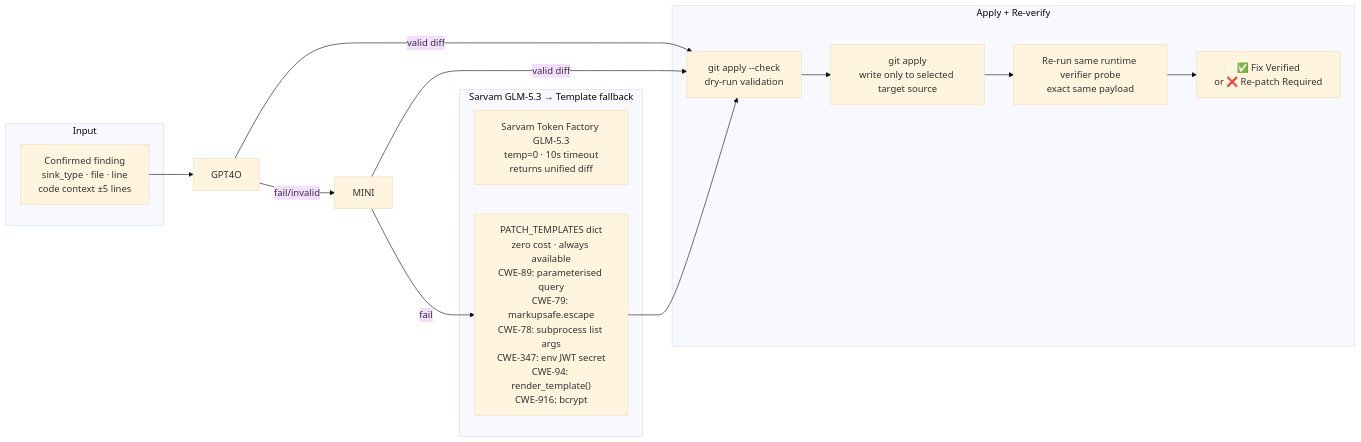
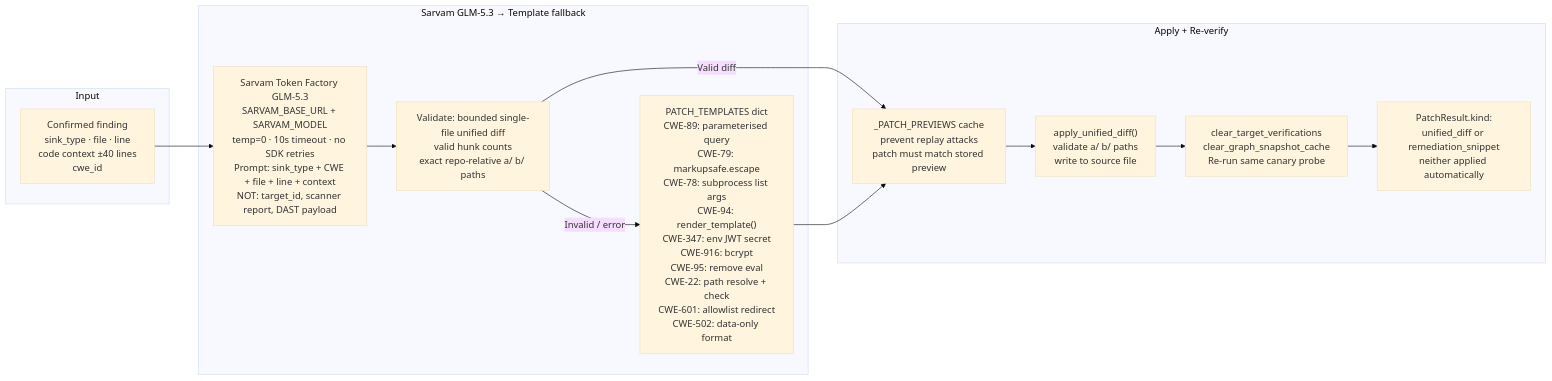
One commit to Halcyora/mitigata changed diagram 12 of 25 in HACKATHON/docs/P06-Architecture.md. Above: the diagram before and after it, drawn with Mermaid (base theme). The commit also changed other lines of this file and 3 other files, not shown here.

Commit message:
feat: Remove outdated architecture and build documentation files

````diff
--- a/HACKATHON/docs/P06-Architecture.md
+++ b/HACKATHON/docs/P06-Architecture.md
@@ -442,26 +460,26 @@
 ```mermaid
 flowchart LR
     subgraph INPUT["Input"]
-        FIND["Confirmed finding\nsink_type · file · line\ncode context ±5 lines"]
+        FIND["Confirmed finding\nsink_type · file · line\ncode context ±40 lines\ncwe_id"]
     end
 
     subgraph CHAIN["Sarvam GLM-5.3 → Template fallback"]
-        SARVAM["Sarvam Token Factory GLM-5.3\ntemp=0 · 10s timeout\nreturns unified diff"]
-        TPL["PATCH_TEMPLATES dict\nzero cost · always available\nCWE-89: parameterised query\nCWE-79: markupsafe.escape\nCWE-78: subprocess list args\nCWE-347: env JWT secret\nCWE-94: render_template()\nCWE-916: bcrypt"]
+        SARVAM["Sarvam Token Factory GLM-5.3\nSARVAM_BASE_URL + SARVAM_MODEL\ntemp=0 · 10s timeout · no SDK retries\nPrompt: sink_type + CWE + file + line + context\nNOT: target_id, scanner report, DAST payload"]
+        VALID["Validate: bounded single-file unified diff\nvalid hunk counts\nexact repo-relative a/ b/ paths"]
+        TPL["PATCH_TEMPLATES dict\nCWE-89: parameterised query\nCWE-79: markupsafe.escape\nCWE-78: subprocess list args\nCWE-94: render_template()\nCWE-347: env JWT secret\nCWE-916: bcrypt\nCWE-95: remove eval\nCWE-22: path resolve + check\nCWE-601: allowlist redirect\nCWE-502: data-only format"]
     end
 
     subgraph APPLY["Apply + Re-verify"]
-        CHECK["git apply --check\ndry-run validation"]
-        APPLY2["git apply\nwrite only to selected target source"]
-        REVERIFY["Re-run same runtime verifier probe\nexact same payload"]
-        RESULT["✅ Fix Verified\nor ❌ Re-patch Required"]
+        PREVIEW["_PATCH_PREVIEWS cache\nprevent replay attacks\npatch must match stored preview"]
+        APPLY2["apply_unified_diff()\nvalidate a/ b/ paths\nwrite to source file"]
+        REVERIFY["clear_target_verifications\nclear_graph_snapshot_cache\nRe-run same canary probe"]
+        RESULT["PatchResult.kind:\nunified_diff or remediation_snippet\nneither applied automatically"]
     end
 
-    FIND --> GPT4O
-    GPT4O -->|valid diff| CHECK
-    GPT4O -->|fail/invalid| MINI
-    MINI -->|valid diff| CHECK
-    MINI -->|fail| TPL
-    TPL --> CHECK
-    CHECK --> APPLY2 --> REVERIFY --> RESULT
+    FIND --> SARVAM
+    SARVAM --> VALID
+    VALID -->|Valid diff| PREVIEW
+    VALID -->|Invalid / error| TPL
+    TPL --> PREVIEW
+    PREVIEW --> APPLY2 --> REVERIFY --> RESULT
 ```
````
